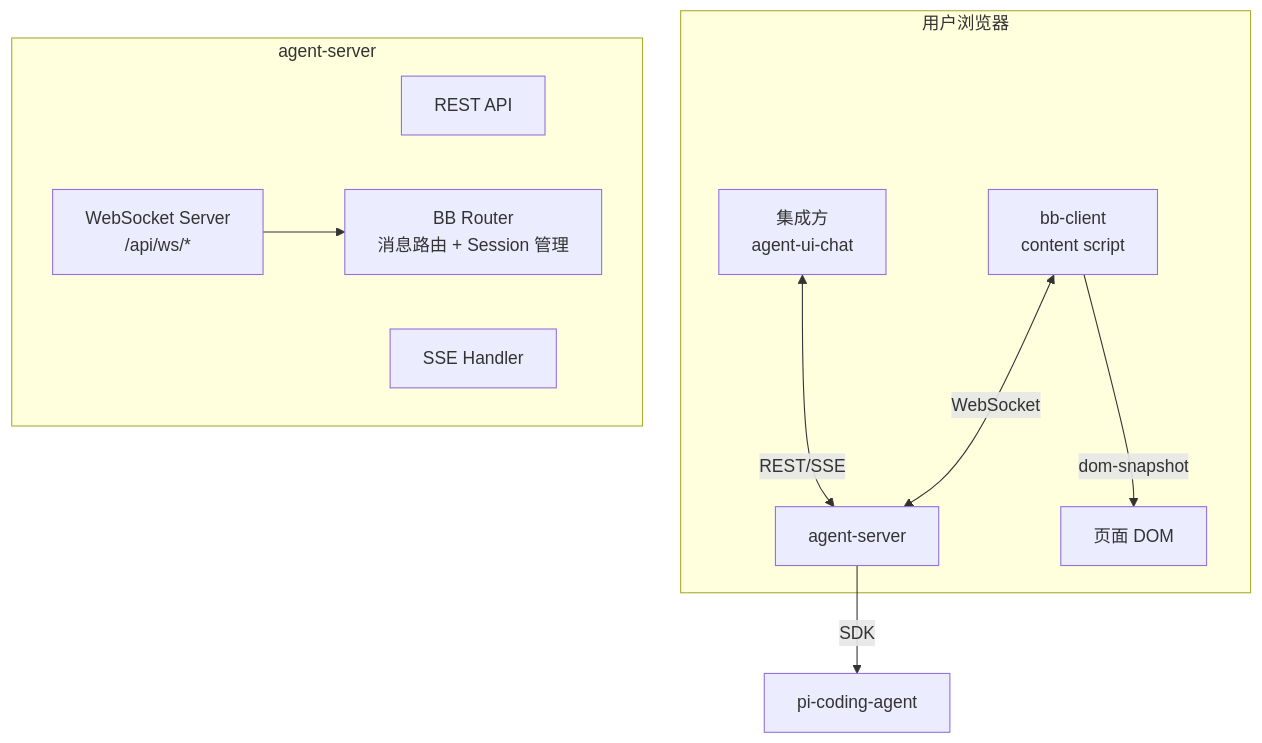
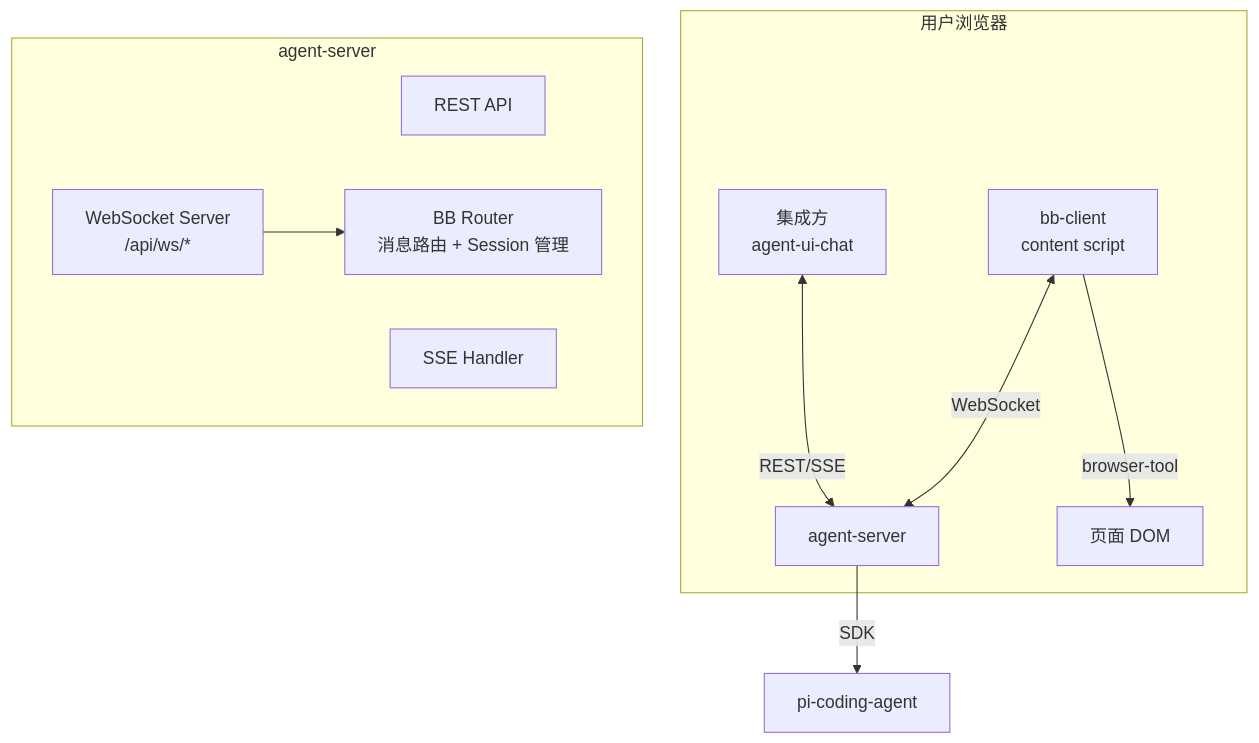
One commit to zhaoxin34/matrix changed the first of 3 diagrams in neo/design/docs/technical/arch/arch-neo-agents.md. Above: the diagram before and after it, drawn with Mermaid. The commit also changed other lines of this file and 7 other files, not shown here.

````diff
--- a/neo/design/docs/technical/arch/arch-neo-agents.md
+++ b/neo/design/docs/technical/arch/arch-neo-agents.md
@@ -15,19 +15,19 @@
 ```mermaid
 graph TB
     subgraph Browser["用户浏览器"]
         A[集成方<br/>agent-ui-chat] <-->|REST/SSE| B[agent-server]
         C[bb-client<br/>content script] <-->|WebSocket| B
-        C -->|dom-snapshot| D[页面 DOM]
+        C -->|browser-tool| D[页面 DOM]
     end
     
     B -->|SDK| E[pi-coding-agent]
     
     subgraph AgentServer["agent-server"]
         F[REST API]
         G[SSE Handler]
         H[WebSocket Server<br/>/api/ws/*]
         I[BB Router<br/>消息路由 + Session 管理]
     end
     
     H --> I
 ```
````
